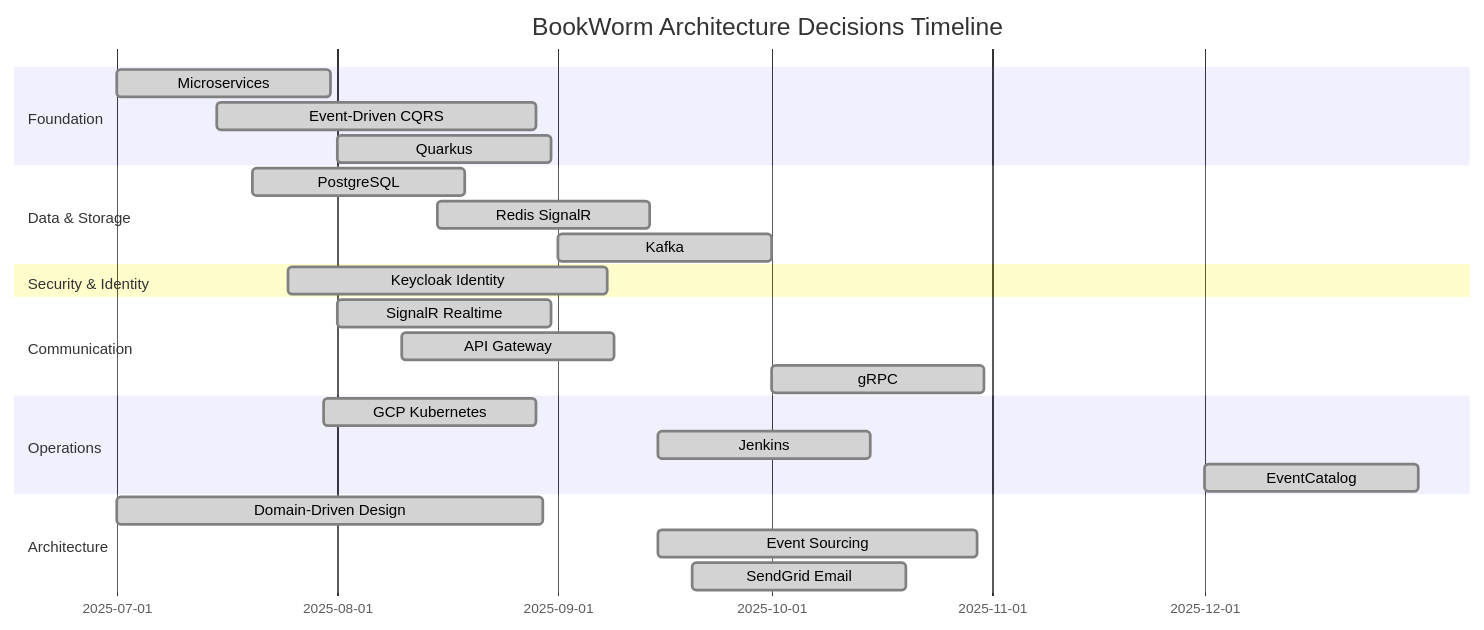
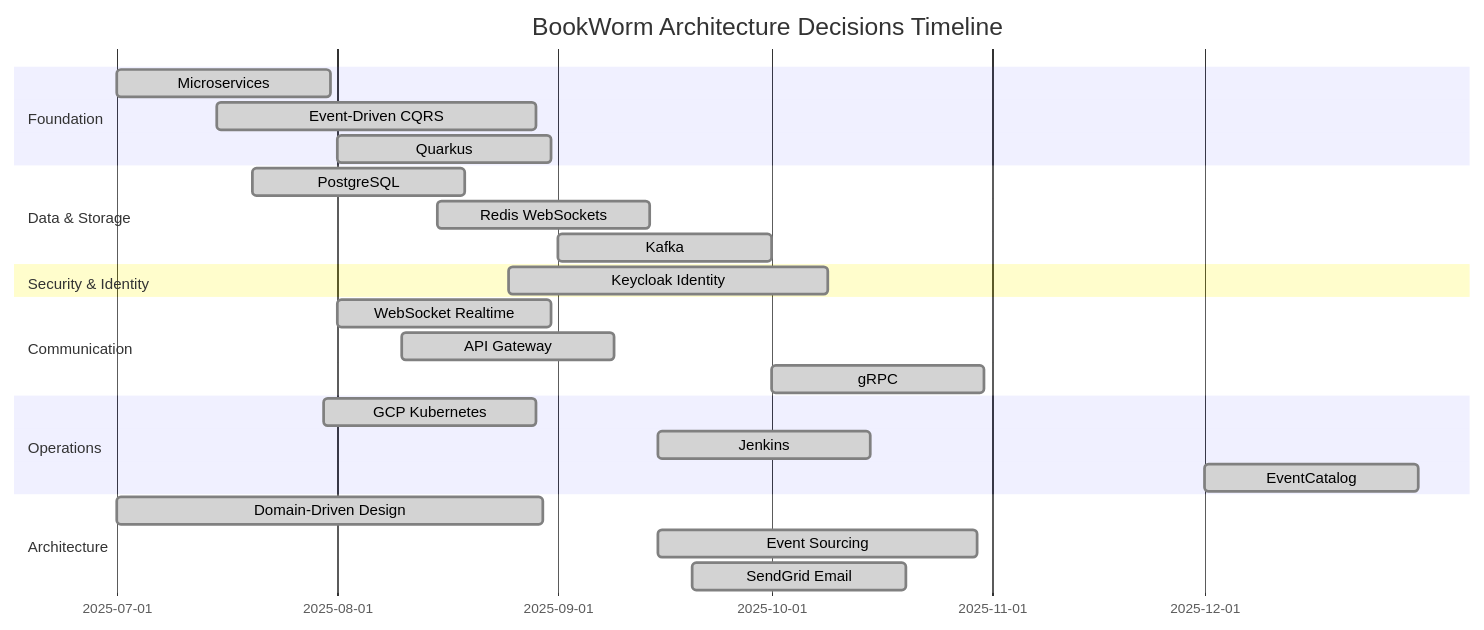
One commit to RNRWallet/eWallet changed the first of 3 diagrams in docs/e-hailing/docs/09-architecture-decisions/overview.mdx. Above: the diagram before and after it, drawn with Mermaid. The commit also changed other lines of this file and 21 other files, not shown here.

````diff
--- a/docs/e-hailing/docs/09-architecture-decisions/overview.mdx
+++ b/docs/e-hailing/docs/09-architecture-decisions/overview.mdx
@@ -16,27 +16,27 @@
 ```mermaid
 gantt
     title BookWorm Architecture Decisions Timeline
     dateFormat YYYY-MM-DD
     section Foundation
     Microservices           :done, foundation1, 2025-07-01, 30d
     Event-Driven CQRS      :done, foundation2, 2025-07-15, 45d
     Quarkus                 :done, foundation3, 2025-08-01, 30d
     section Data & Storage
     PostgreSQL             :done, data1, 2025-07-20, 30d
-    Redis SignalR          :done, data2, 2025-08-15, 30d
+    Redis WebSockets       :done, data2, 2025-08-15, 30d
     Kafka                  :done, data3, 2025-09-01, 30d
     section Security & Identity
-    Keycloak Identity      :done, security1, 2025-07-25, 45d
+    Keycloak Identity      :done, security1, 2025-08-25, 45d
     section Communication
-    SignalR Realtime       :done, comm1, 2025-08-01, 30d
+    WebSocket Realtime     :done, comm1, 2025-08-01, 30d
     API Gateway            :done, comm2, 2025-08-10, 30d
     gRPC                   :done, comm3, 2025-10-01, 30d
     section Operations
     GCP Kubernetes         :done, ops1, 2025-07-30, 30d
     Jenkins                :done, ops2, 2025-09-15, 30d
     EventCatalog           :done, ops4, 2025-12-01, 30d
     section Architecture
     Domain-Driven Design   :done, arch1, 2025-07-01, 60d
     Event Sourcing         :done, arch2, 2025-09-15, 45d
     SendGrid Email         :done, arch3, 2025-09-20, 30d
 ```
````
